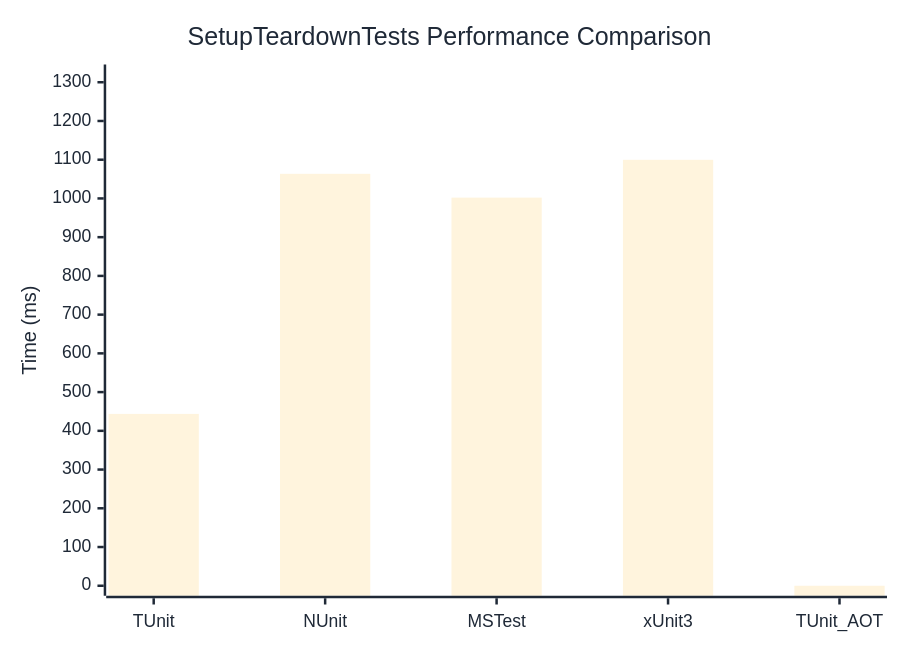
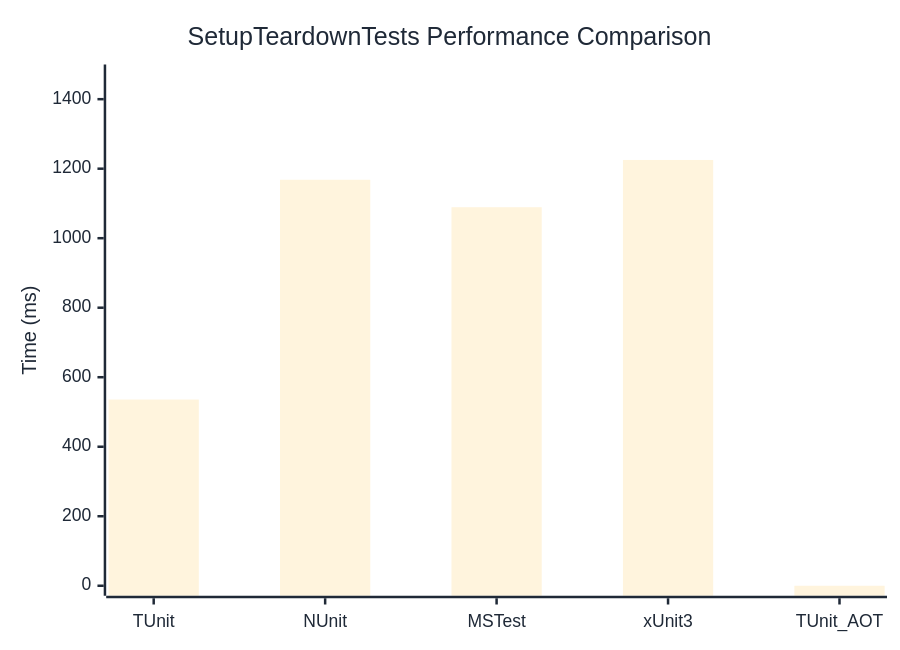
The diagram in docs/docs/benchmarks/SetupTeardownTests.md (weiyilai/TUnit), drawn with Mermaid before and after one commit. The commit also changed other lines of this file and 17 other files, not shown here.

````diff
--- a/docs/docs/benchmarks/SetupTeardownTests.md
+++ b/docs/docs/benchmarks/SetupTeardownTests.md
@@ -27,37 +27,37 @@
 ```mermaid
 %%{init: {
   'theme':'base',
   'themeVariables': {
     'primaryColor': '#2563eb',
     'primaryTextColor': '#1f2937',
     'primaryBorderColor': '#1e40af',
     'lineColor': '#6b7280',
     'secondaryColor': '#7c3aed',
     'tertiaryColor': '#dc2626',
     'background': '#ffffff',
     'mainBkg': '#2563eb',
     'secondBkg': '#7c3aed',
     'tertiaryBkg': '#dc2626',
     'clusterBkg': '#f3f4f6',
     'edgeLabelBackground': '#ffffff',
     'tertiaryTextColor': '#1f2937',
     'pie1': '#2563eb',
     'pie2': '#7c3aed',
     'pie3': '#dc2626',
     'pie4': '#f59e0b',
     'pie5': '#10b981',
     'pie6': '#06b6d4',
     'pie7': '#ec4899',
     'pie8': '#6366f1',
     'pie9': '#84cc16',
     'pie10': '#f97316',
     'pie11': '#14b8a6',
     'pie12': '#a855f7'
   }
 }}%%
 xychart-beta
   title "SetupTeardownTests Performance Comparison"
   x-axis ["TUnit", "NUnit", "MSTest", "xUnit3", "TUnit_AOT"]
-  y-axis "Time (ms)" 0 --> 1320
-  bar [443.7, 1063.6, 1002.1, 1099.7, 0]
+  y-axis "Time (ms)" 0 --> 1471
+  bar [535.8, 1168.1, 1089.1, 1225.1, 0]
 ```
````
